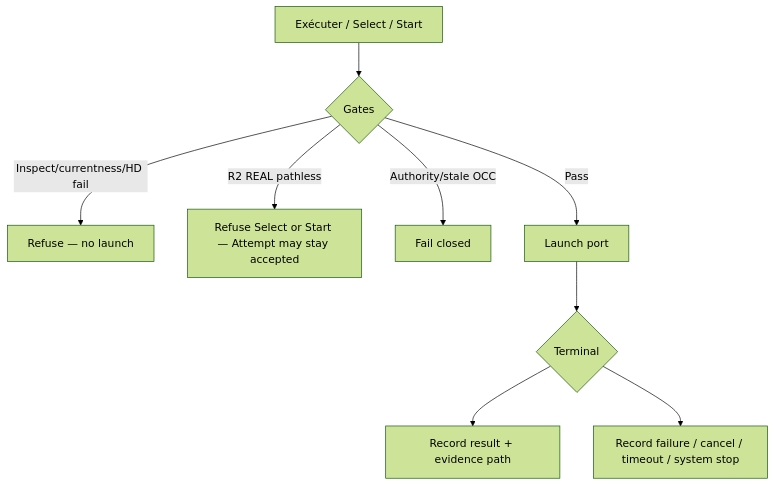
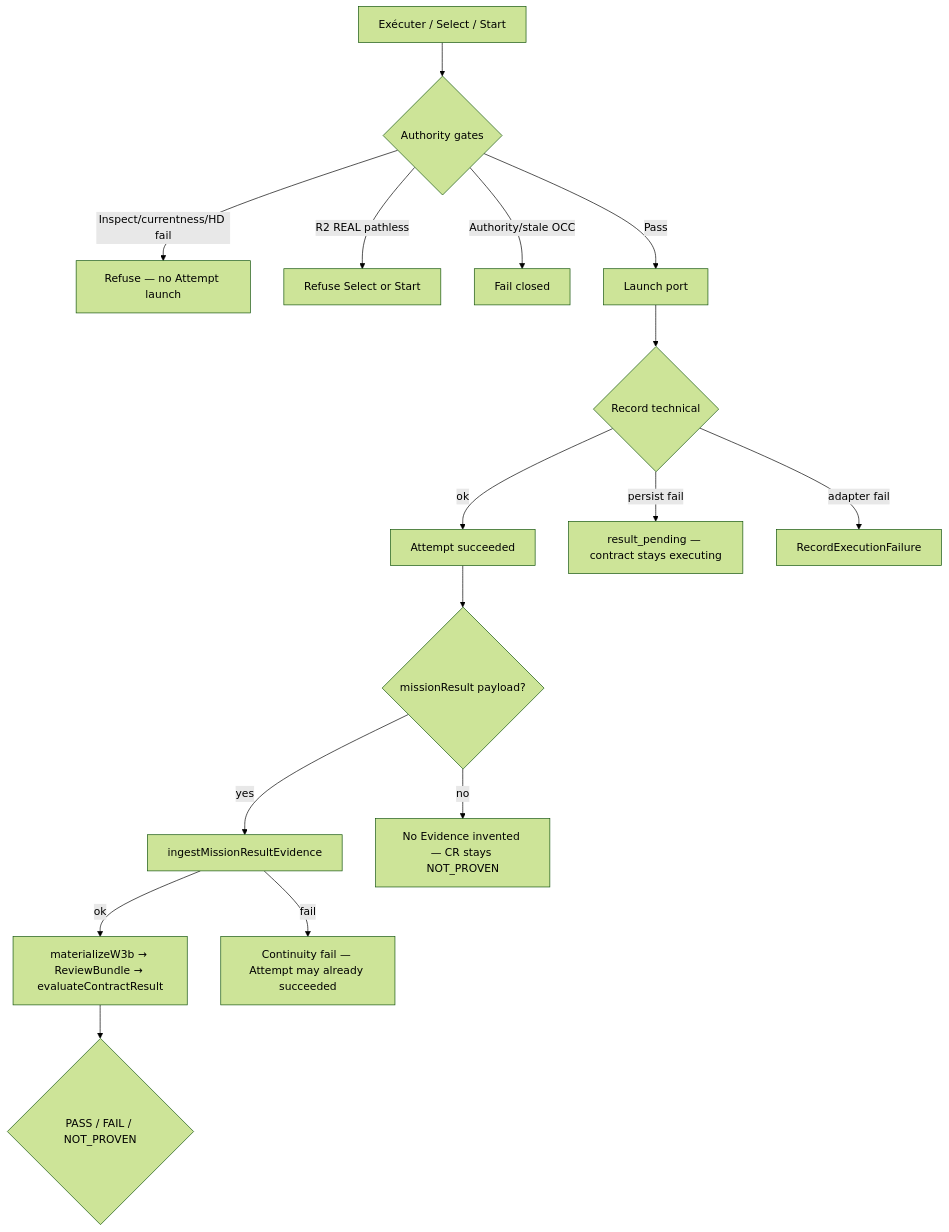
The third of 4 diagrams in sfia-review-handoff/latest-chatgpt-review.md (mcleland147/sfia-workspace), drawn with Mermaid (forest theme) before and after one commit. The commit also changed other lines of this file, not shown here.

Commit message:
docs(review-handoff): AKG-M4-A T-A03 correction pass 01

````diff
--- a/sfia-review-handoff/latest-chatgpt-review.md
+++ b/sfia-review-handoff/latest-chatgpt-review.md
@@ -388,11 +388,18 @@
 ```mermaid
 flowchart TB
-  E[Exécuter / Select / Start] --> Q{Gates}
-  Q -->|Inspect/currentness/HD fail| R1[Refuse — no launch]
-  Q -->|R2 REAL pathless| R2[Refuse Select or Start — Attempt may stay accepted]
+  E[Exécuter / Select / Start] --> Q{Authority gates}
+  Q -->|Inspect/currentness/HD fail| R1[Refuse — no Attempt launch]
+  Q -->|R2 REAL pathless| R2[Refuse Select or Start]
   Q -->|Authority/stale OCC| R3[Fail closed]
   Q -->|Pass| L[Launch port]
-  L --> T{Terminal}
-  T --> OK[Record result + evidence path]
-  T --> FL[Record failure / cancel / timeout / system stop]
+  L --> REC{Record technical}
+  REC -->|ok| SUC[Attempt succeeded]
+  REC -->|persist fail| RP[result_pending — contract stays executing]
+  REC -->|adapter fail| FL[RecordExecutionFailure]
+  SUC --> PAY{missionResult payload?}
+  PAY -->|yes| EV[ingestMissionResultEvidence]
+  PAY -->|no| NP1[No Evidence invented — CR stays NOT_PROVEN]
+  EV -->|ok| MAT[materializeW3b → ReviewBundle → evaluateContractResult]
+  EV -->|fail| CONT[Continuity fail — Attempt may already succeeded]
+  MAT --> CR{PASS / FAIL / NOT_PROVEN}
 ```
````
